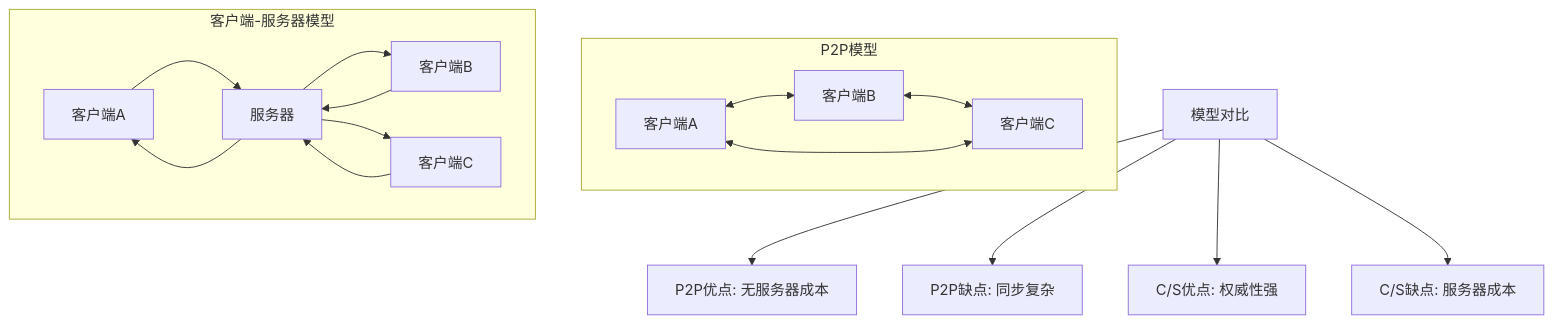
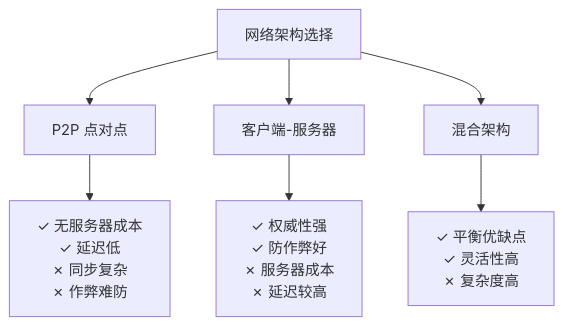
The first of 9 diagrams in 课时4-多人游戏与项目总结/README.md (youjing-mz/snake), drawn with Mermaid before and after one commit. The commit also changed other lines of this file and 8 other files, not shown here.

````diff
--- a/课时4-多人游戏与项目总结/README.md
+++ b/课时4-多人游戏与项目总结/README.md
@@ -14,22 +24,12 @@
 ```mermaid
 graph TB
-    subgraph "P2P模型"
-        A1[客户端A] <--> A2[客户端B]
-        A2 <--> A3[客户端C]
-        A3 <--> A1
-    end
+    A[网络架构选择] --> B[P2P 点对点]
+    A --> C[客户端-服务器]
+    A --> D[混合架构]
     
-    subgraph "客户端-服务器模型"
-        B1[客户端A] --> B4[服务器]
-        B2[客户端B] --> B4
-        B3[客户端C] --> B4
-        B4 --> B1
-        B4 --> B2
-        B4 --> B3
-    end
+    B --> B1[✓ 无服务器成本<br/>✓ 延迟低<br/>✗ 同步复杂<br/>✗ 作弊难防]
     
-    C[模型对比] --> D[P2P优点: 无服务器成本]
-    C --> E[P2P缺点: 同步复杂]
-    C --> F[C/S优点: 权威性强]
-    C --> G[C/S缺点: 服务器成本]
+    C --> C1[✓ 权威性强<br/>✓ 防作弊好<br/>✗ 服务器成本<br/>✗ 延迟较高]
+    
+    D --> D1[✓ 平衡优缺点<br/>✓ 灵活性高<br/>✗ 复杂度高]
 ```
````
